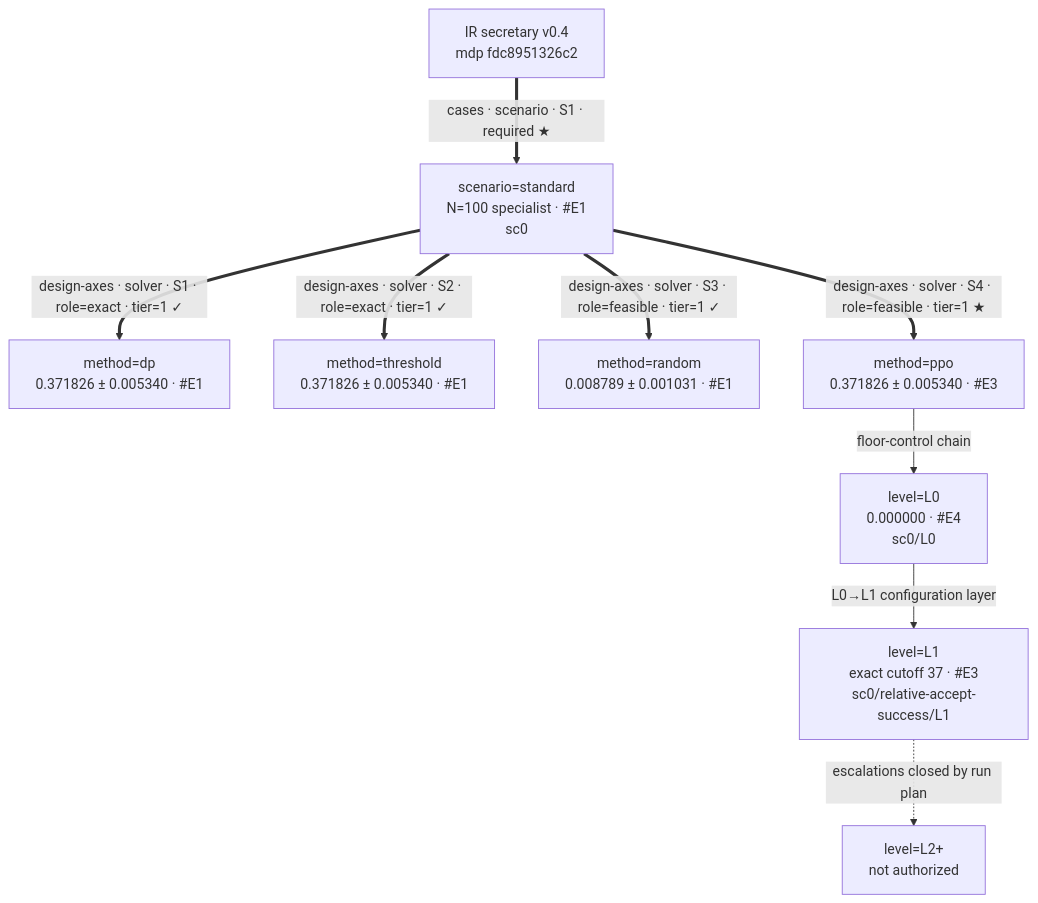
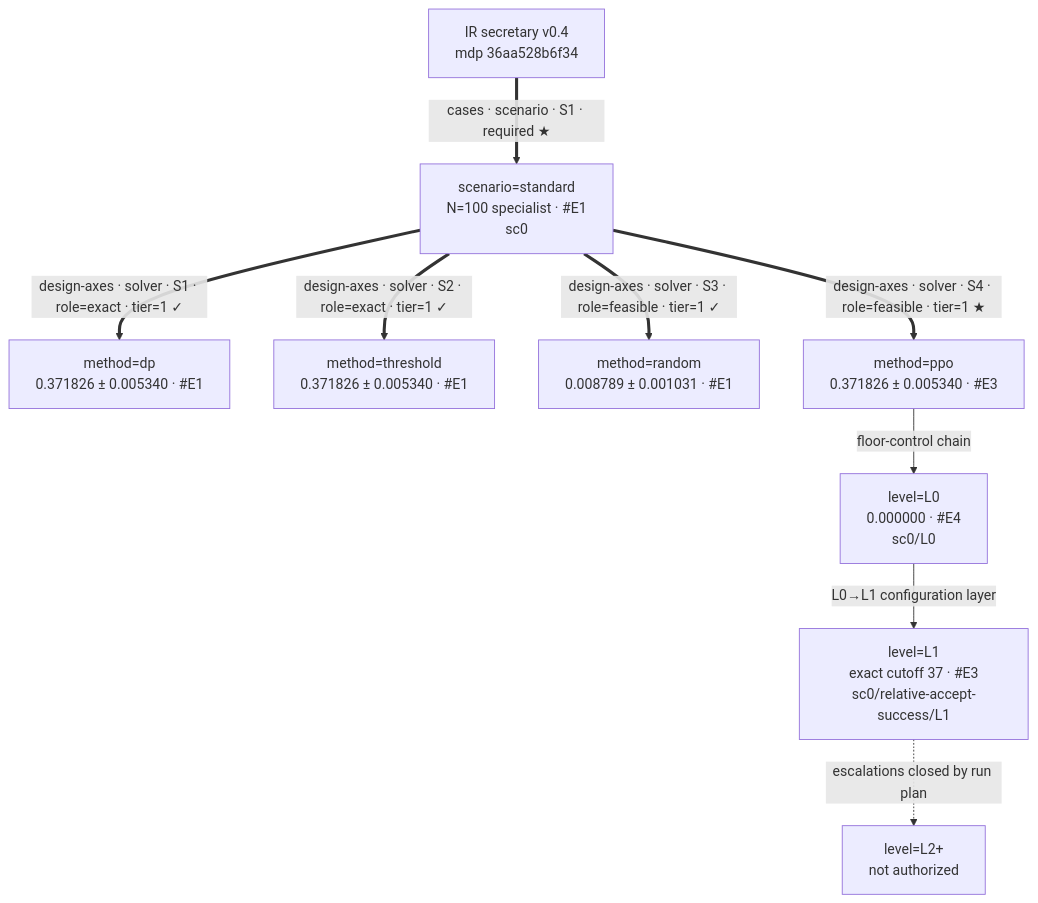
The diagram in cases/secretary/ESCALATION.md (tong-wang/auto-mdp-solver), drawn with Mermaid before and after one commit. The commit also changed other lines of this file and 5 other files, not shown here.

````diff
--- a/cases/secretary/ESCALATION.md
+++ b/cases/secretary/ESCALATION.md
@@ -12,12 +12,12 @@
 ```mermaid
 graph TD
-    ROOT["IR secretary v0.4<br/>mdp fdc8951326c2"]
+    ROOT["IR secretary v0.4<br/>mdp 36aa528b6f34"]
     ROOT ==>|"cases · scenario · S1 · required ★"| SC["scenario=standard<br/>N=100 specialist · #E1<br/>sc0"]
     SC ==>|"design-axes · solver · S1 · role=exact · tier=1 ✓"| DP["method=dp<br/>0.371826 ± 0.005340 · #E1"]
     SC ==>|"design-axes · solver · S2 · role=exact · tier=1 ✓"| TH["method=threshold<br/>0.371826 ± 0.005340 · #E1"]
     SC ==>|"design-axes · solver · S3 · role=feasible · tier=1 ✓"| RN["method=random<br/>0.008789 ± 0.001031 · #E1"]
     SC ==>|"design-axes · solver · S4 · role=feasible · tier=1 ★"| PPO["method=ppo<br/>0.371826 ± 0.005340 · #E3"]
     PPO -->|"floor-control chain"| L0["level=L0<br/>0.000000 · #E4<br/>sc0/L0"]
     L0 -->|"L0→L1 configuration layer"| L1["level=L1<br/>exact cutoff 37 · #E3<br/>sc0/relative-accept-success/L1"]
     L1 -.->|"escalations closed by run plan"| L2["level=L2+<br/>not authorized"]
 ```
````
